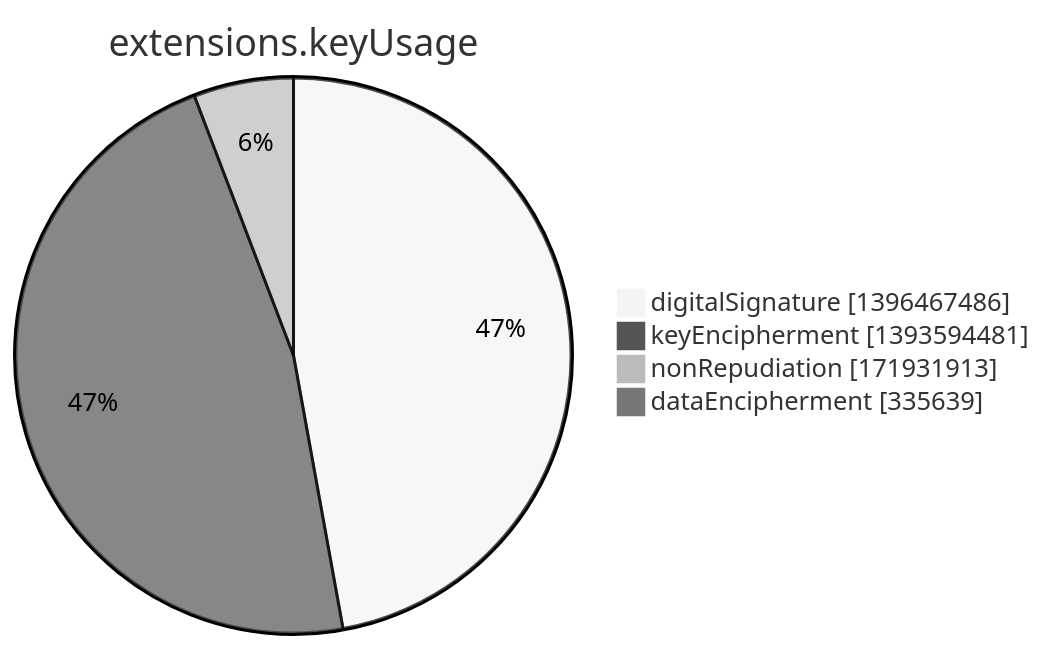
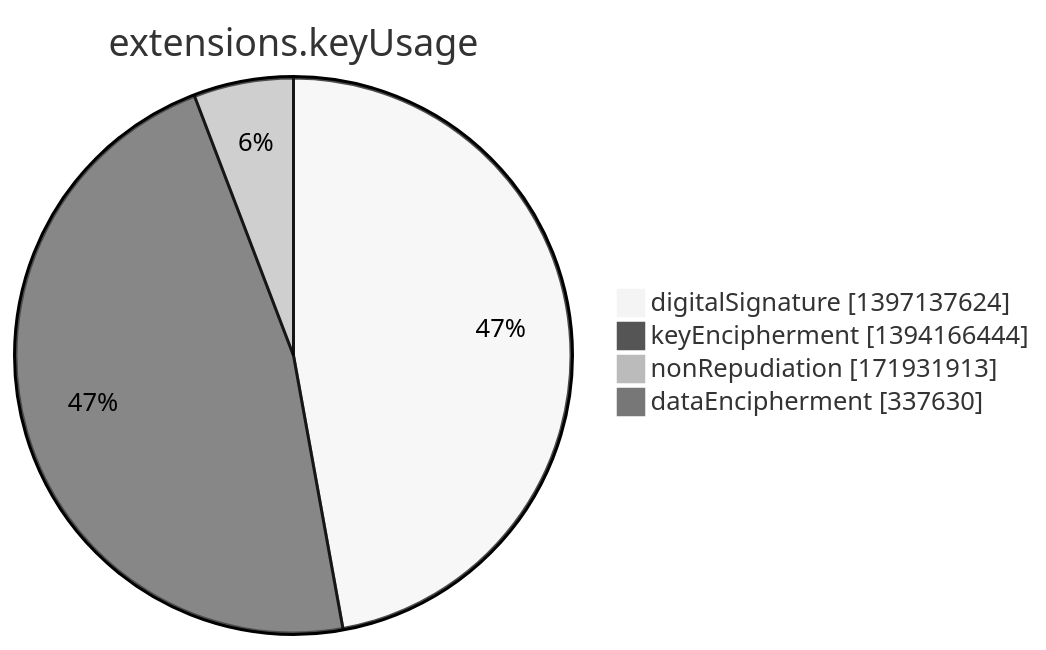
Before and after one commit to christiankrug/ctmonitor_visualization: the seventh of 15 diagrams in argon2022/README.md, drawn with Mermaid (neutral theme). The commit also changed other lines of this file, not shown here.

````diff
--- a/argon2022/README.md
+++ b/argon2022/README.md
@@ -2751,8 +2751,8 @@
 ```mermaid
 pie showData
 title extensions.keyUsage
-"digitalSignature" :1396467486
-"keyEncipherment" :1393594481
+"digitalSignature" :1397137624
+"keyEncipherment" :1394166444
 "nonRepudiation" :171931913
-"dataEncipherment" :335639
+"dataEncipherment" :337630
 ```
````
